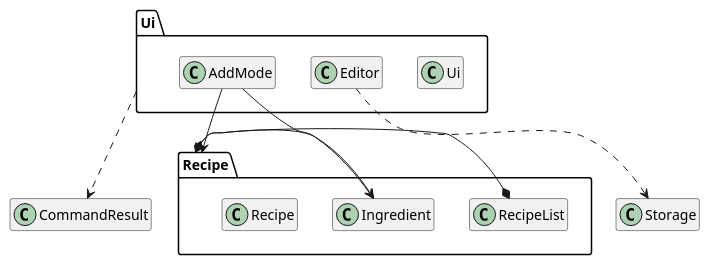
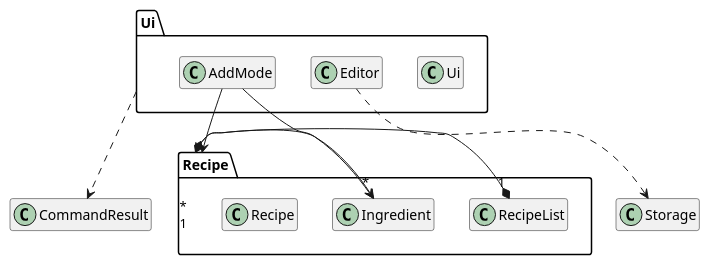
Before and after one commit to nus-cs2113-AY2223S1/tp: the diagram in docs/diagrams/UiClassDiagram.puml, drawn with PlantUML. The commit also changed 4 other files, not shown here.

Commit message:
Added multiplicities to storage and ui class diagram

```diff
--- a/docs/diagrams/UiClassDiagram.puml
+++ b/docs/diagrams/UiClassDiagram.puml
@@ -1,27 +1,27 @@
 @startuml
 hide class fields
 hide class methods
 
 package Recipe {
 class RecipeList
 class Recipe
 class Ingredient
 }
 
 package Ui {
 class Ui
 class AddMode
 class Editor
 }
 
 class Storage
 
 Ui ..> CommandResult
 
 AddMode --> Recipe
 AddMode --> Ingredient
-RecipeList *-right-> Recipe
-Recipe *-right-> Ingredient
+RecipeList "1" *-right-> "*" Recipe
+Recipe "1" *-right-> "*" Ingredient
 Editor .down-> Storage
 
 @enduml
```
